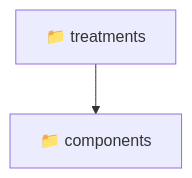
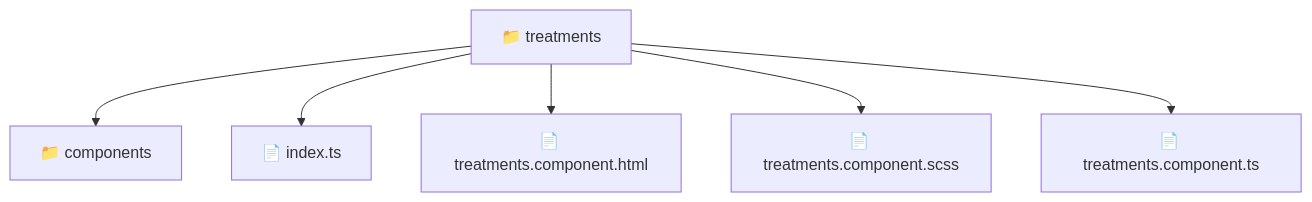
Before and after one commit to beginwebdev2002/fullstack-mavluda: the diagram in frontend/src/pages/treatments/README.md, drawn with Mermaid. The commit also changed other lines of this file and 165 other files, not shown here.

First line of the commit message:
docs: generate localized architectural READMEs

````diff
--- a/frontend/src/pages/treatments/README.md
+++ b/frontend/src/pages/treatments/README.md
@@ -10,5 +11,9 @@
 ```mermaid
 graph TD
-  Root["📁 treatments"]
-  Root --> components["📁 components"]
+  treatments["📁 treatments"]
+  treatments --> components["📁 components"]
+  treatments --> index_ts["📄 index.ts"]
+  treatments --> treatments_component_html["📄 treatments.component.html"]
+  treatments --> treatments_component_scss["📄 treatments.component.scss"]
+  treatments --> treatments_component_ts["📄 treatments.component.ts"]
 ```
````
